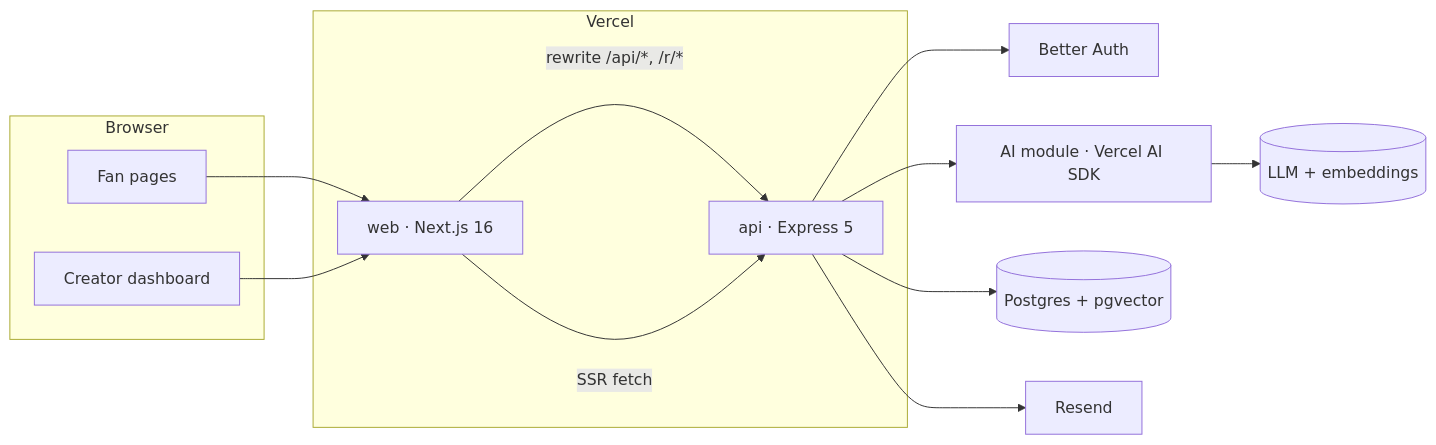
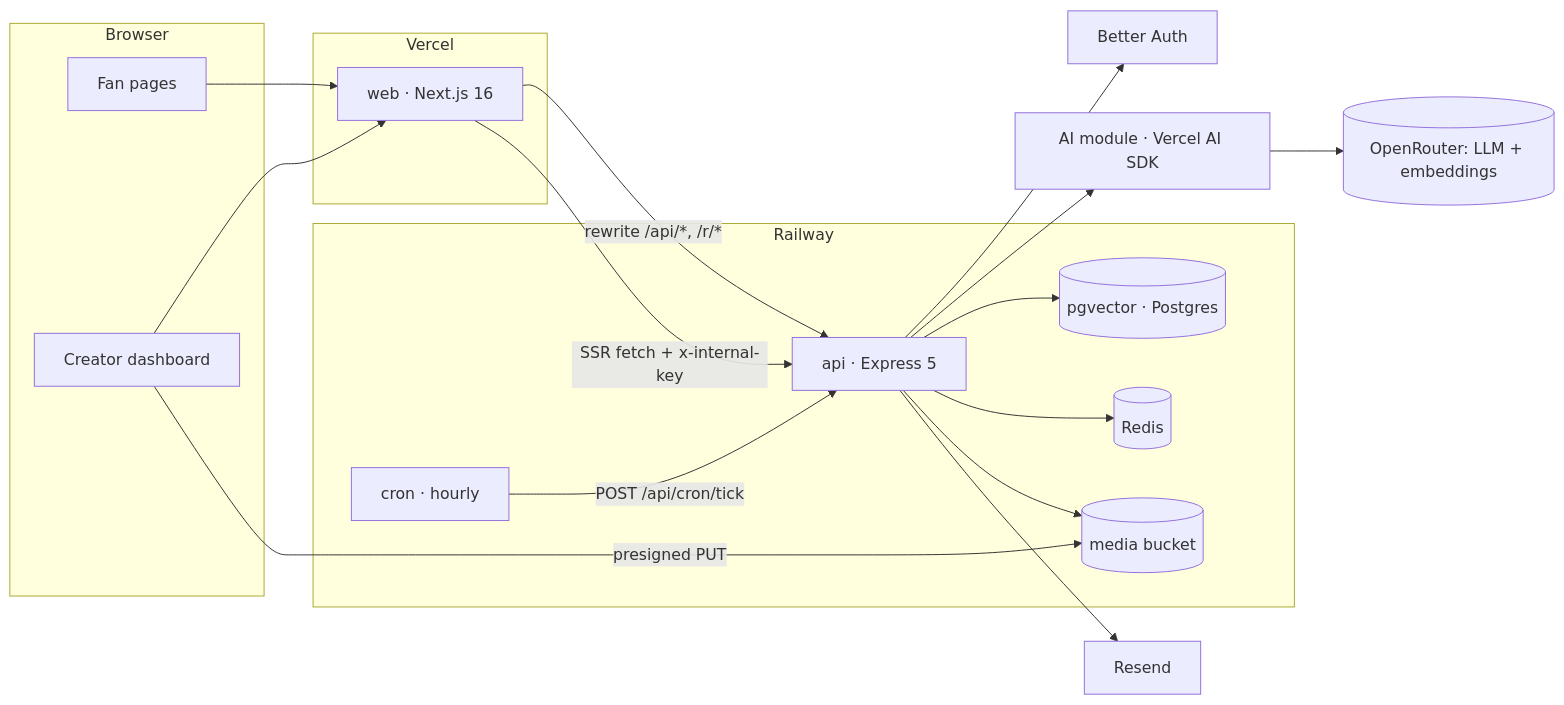
The diagram in docs/02-trd.md (neilkumar93600/fellow-owner), drawn with Mermaid before and after one commit. The commit also changed other lines of this file and 78 other files, not shown here.

````diff
--- a/docs/02-trd.md
+++ b/docs/02-trd.md
@@ -84,20 +165,30 @@
 ```mermaid
 flowchart LR
   subgraph Browser
     FAN[Fan pages]
     CR[Creator dashboard]
   end
   subgraph Vercel
     WEB[web · Next.js 16]
+  end
+  subgraph Railway
     API[api · Express 5]
+    DB[(pgvector · Postgres)]
+    RD[(Redis)]
+    S3[(media bucket)]
+    CRON[cron · hourly]
   end
   FAN --> WEB
   CR --> WEB
   WEB -- "rewrite /api/*, /r/*" --> API
-  WEB -- "SSR fetch" --> API
+  WEB -- "SSR fetch + x-internal-key" --> API
+  CR -- "presigned PUT" --> S3
+  CRON -- "POST /api/cron/tick" --> API
   API --> AUTH[Better Auth]
   API --> AIM[AI module · Vercel AI SDK]
-  AIM --> LLM[(LLM + embeddings)]
-  API --> DB[(Postgres + pgvector)]
+  AIM --> LLM[(OpenRouter: LLM + embeddings)]
+  API --> DB
+  API --> RD
+  API --> S3
   API --> MAIL[Resend]
 ```
````
